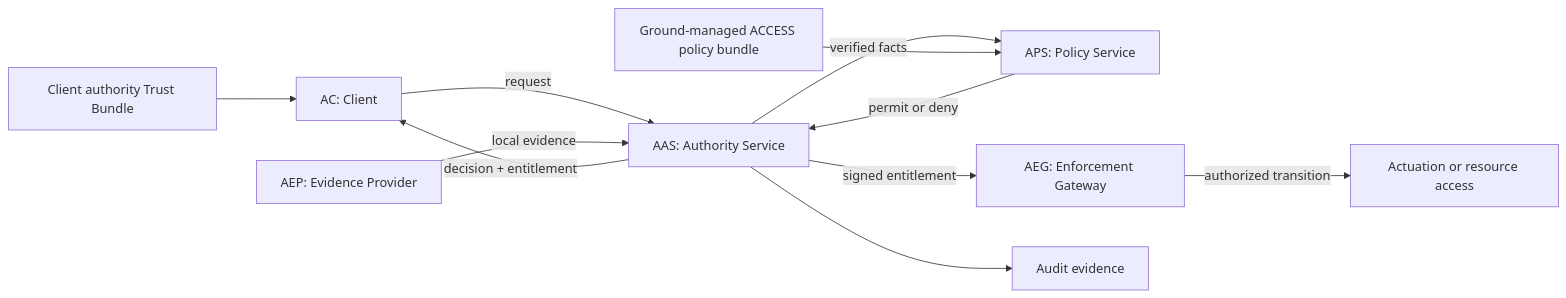
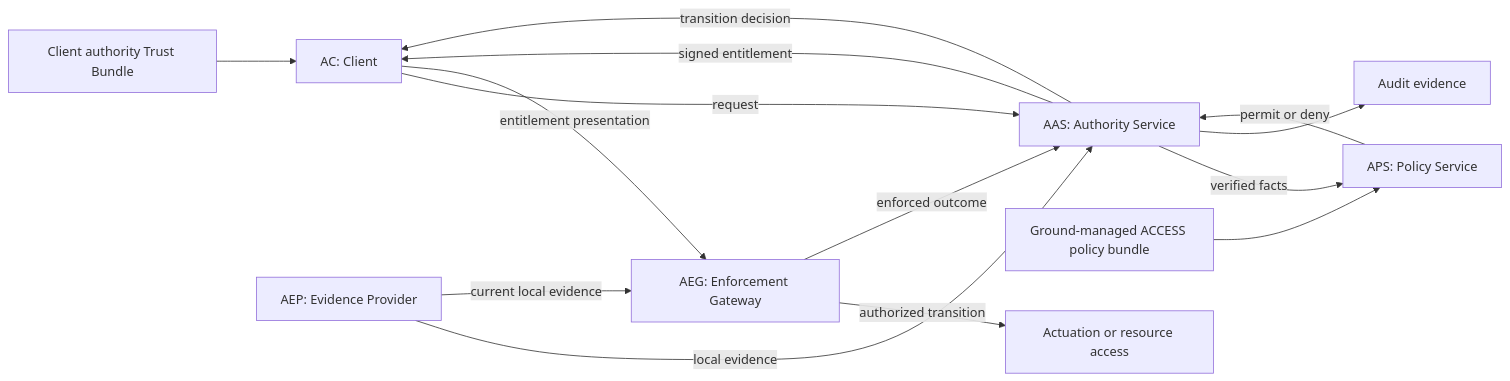
Before and after one commit to dboulet01/access: the first of 2 diagrams in docs/architecture.md, drawn with Mermaid. The commit also changed other lines of this file and 5 other files, not shown here.

Commit message:
docs(access): align client-held entitlement flow

````diff
--- a/docs/architecture.md
+++ b/docs/architecture.md
@@ -10,13 +10,16 @@
 ```mermaid
 flowchart LR
     AC[AC: Client] -->|request| AAS[AAS: Authority Service]
     AEP[AEP: Evidence Provider] -->|local evidence| AAS
     AAS -->|verified facts| APS[APS: Policy Service]
     POLICY[Ground-managed ACCESS policy bundle] --> APS
     APS -->|permit or deny| AAS
-    AAS -->|signed entitlement| AEG[AEG: Enforcement Gateway]
+    AAS -->|signed entitlement| AC
+    AC -->|entitlement presentation| AEG[AEG: Enforcement Gateway]
+    AEP -->|current local evidence| AEG
     AEG -->|authorized transition| ACT[Actuation or resource access]
-    AAS -->|decision + entitlement| AC
+    AEG -->|enforced outcome| AAS
+    AAS -->|transition decision| AC
     CLIENT_TRUST[Client authority Trust Bundle] --> AC
     AAS --> AUDIT[Audit evidence]
 ```
````
